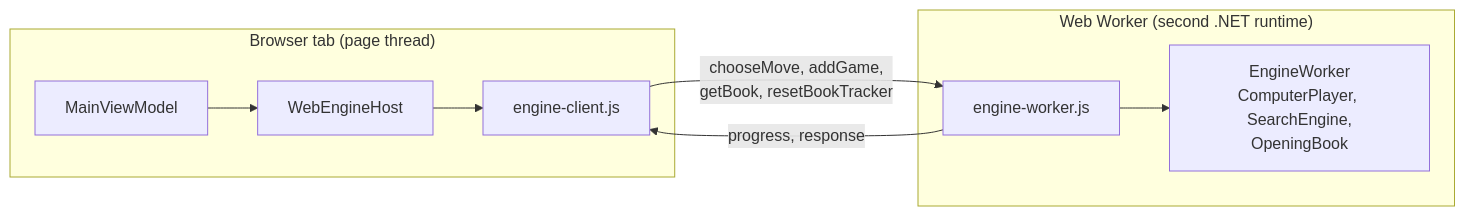
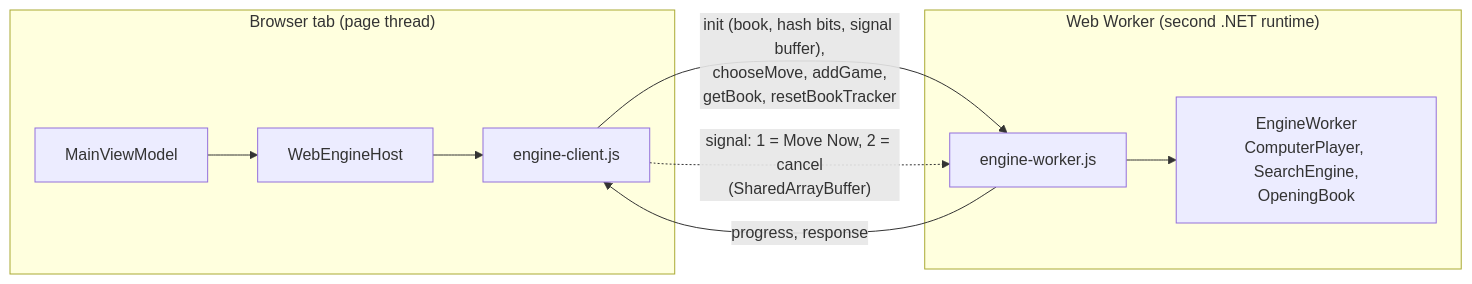
One commit to cjp-dev/Stello changed the third of 5 diagrams in docs/brain/14-app-integration.md. Above: the diagram before and after it, drawn with Mermaid. The commit also changed other lines of this file and 12 other files, not shown here.

````diff
--- a/docs/brain/14-app-integration.md
+++ b/docs/brain/14-app-integration.md
@@ -138,12 +151,13 @@
 ```mermaid
 flowchart LR
     subgraph Page["Browser tab (page thread)"]
         VM["MainViewModel"] --> Host["WebEngineHost"]
         Host --> Client["engine-client.js"]
     end
     subgraph Worker["Web Worker (second .NET runtime)"]
         W["engine-worker.js"] --> EW["EngineWorker<br/>ComputerPlayer, SearchEngine,<br/>OpeningBook"]
     end
-    Client -- "chooseMove, addGame,<br/>getBook, resetBookTracker" --> W
+    Client -- "init (book, hash bits, signal buffer),<br/>chooseMove, addGame,<br/>getBook, resetBookTracker" --> W
     W -- "progress, response" --> Client
+    Client -. "signal: 1 = Move Now, 2 = cancel<br/>(SharedArrayBuffer)" .-> W
 ```
````
